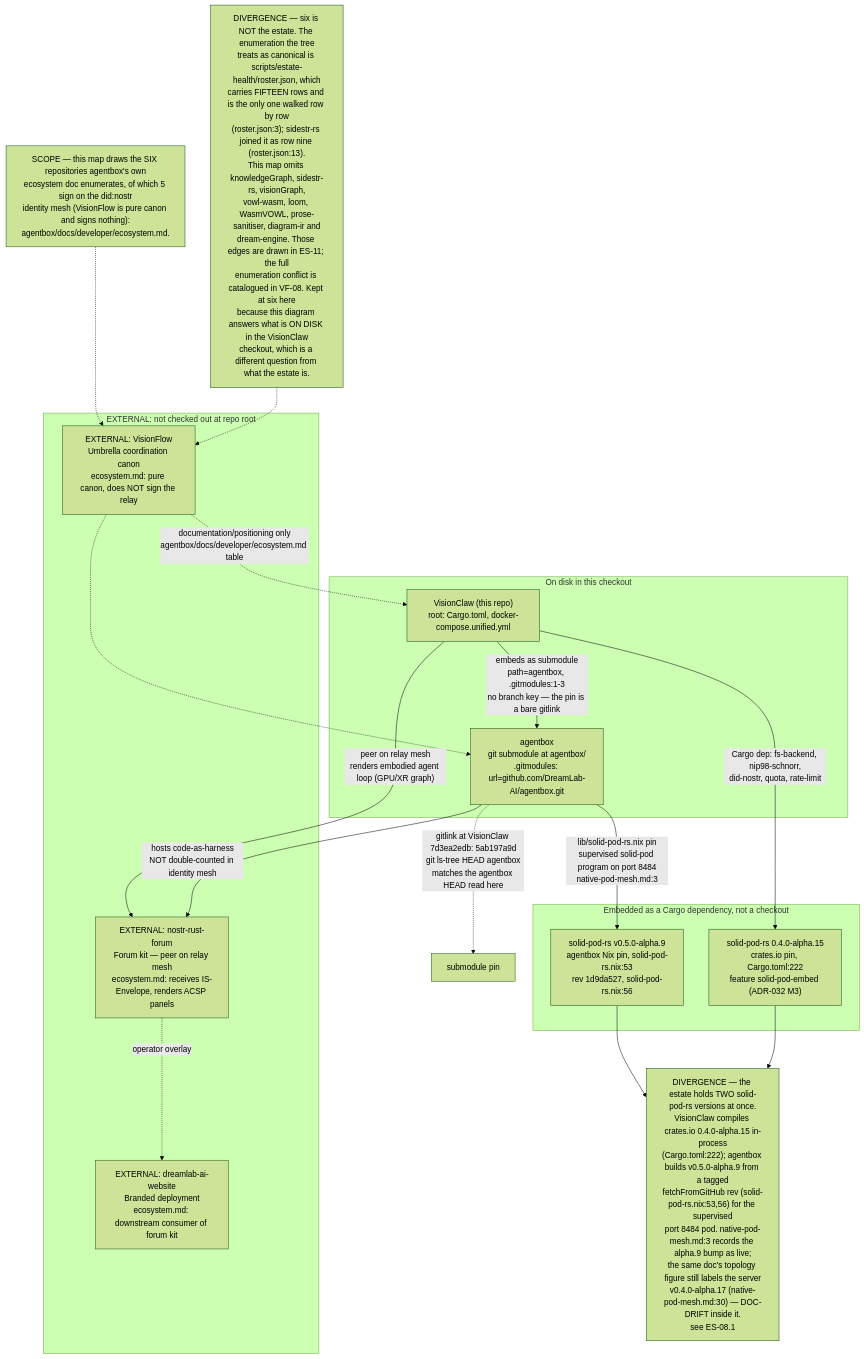
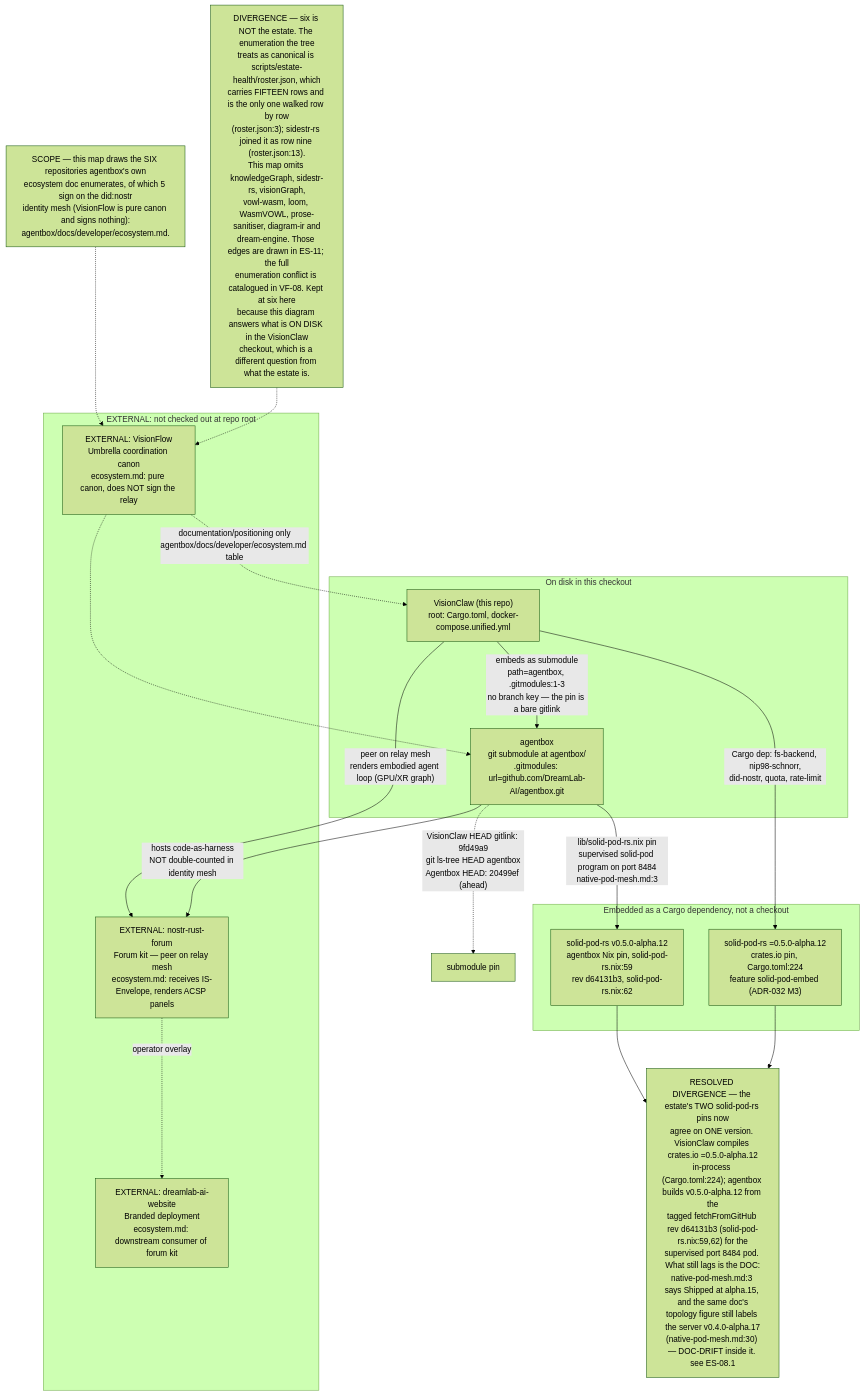
One commit to DreamLab-AI/VisionFlow changed the first of 8 diagrams in docs/diagrams/estate/01-estate-topology.md. Above: the diagram before and after it, drawn with Mermaid (forest theme). The commit also changed other lines of this file and 111 other files, not shown here.

Commit message:
docs(diagrams): align estate maps with current source

````diff
--- a/docs/diagrams/estate/01-estate-topology.md
+++ b/docs/diagrams/estate/01-estate-topology.md
@@ -55,36 +55,36 @@
 ```mermaid
 flowchart TB
     subgraph ONDISK["On disk in this checkout"]
         VC["VisionClaw (this repo)<br/>root: Cargo.toml, docker-compose.unified.yml"]
         AB["agentbox<br/>git submodule at agentbox/<br/>.gitmodules: url=github.com/DreamLab-AI/agentbox.git"]
     end
     VC -->|"embeds as submodule<br/>path=agentbox, .gitmodules:1-3<br/>no branch key — the pin is a bare gitlink"| AB
-    AB -.->|"gitlink at VisionClaw 7d3ea2edb: 5ab197a9d<br/>git ls-tree HEAD agentbox<br/>matches the agentbox HEAD read here"| ABPIN["submodule pin"]
+    AB -.->|"VisionClaw HEAD gitlink: 9fd49a9<br/>git ls-tree HEAD agentbox<br/>Agentbox HEAD: 20499ef (ahead)"| ABPIN["submodule pin"]
 
     subgraph CRATE["Embedded as a Cargo dependency, not a checkout"]
-        SPR["solid-pod-rs 0.4.0-alpha.15<br/>crates.io pin, Cargo.toml:222<br/>feature solid-pod-embed (ADR-032 M3)"]
-        SPRN["solid-pod-rs v0.5.0-alpha.9<br/>agentbox Nix pin, solid-pod-rs.nix:53<br/>rev 1d9da527, solid-pod-rs.nix:56"]
+        SPR["solid-pod-rs =0.5.0-alpha.12<br/>crates.io pin, Cargo.toml:224<br/>feature solid-pod-embed (ADR-032 M3)"]
+        SPRN["solid-pod-rs v0.5.0-alpha.12<br/>agentbox Nix pin, solid-pod-rs.nix:59<br/>rev d64131b3, solid-pod-rs.nix:62"]
     end
     VC -->|"Cargo dep: fs-backend, nip98-schnorr,<br/>did-nostr, quota, rate-limit"| SPR
     AB -->|"lib/solid-pod-rs.nix pin<br/>supervised solid-pod program on port 8484<br/>native-pod-mesh.md:3"| SPRN
 
-    DIVSP["DIVERGENCE — the estate holds TWO solid-pod-rs versions at once.<br/>VisionClaw compiles crates.io 0.4.0-alpha.15 in-process<br/>(Cargo.toml:222); agentbox builds v0.5.0-alpha.9 from a tagged<br/>fetchFromGitHub rev (solid-pod-rs.nix:53,56) for the supervised<br/>port 8484 pod. native-pod-mesh.md:3 records the alpha.9 bump as live;<br/>the same doc's topology figure still labels the server<br/>v0.4.0-alpha.17 (native-pod-mesh.md:30) — DOC-DRIFT inside it.<br/>see ES-08.1"]
+    DIVSP["RESOLVED DIVERGENCE — the estate's TWO solid-pod-rs pins now<br/>agree on ONE version. VisionClaw compiles crates.io =0.5.0-alpha.12<br/>in-process (Cargo.toml:224); agentbox builds v0.5.0-alpha.12 from the<br/>tagged fetchFromGitHub rev d64131b3 (solid-pod-rs.nix:59,62) for the<br/>supervised port 8484 pod. What still lags is the DOC:<br/>native-pod-mesh.md:3 says Shipped at alpha.15, and the same doc's<br/>topology figure still labels the server v0.4.0-alpha.17<br/>(native-pod-mesh.md:30) — DOC-DRIFT inside it. see ES-08.1"]
     SPRN --> DIVSP
     SPR --> DIVSP
 
     subgraph EXTERNAL1["EXTERNAL: not checked out at repo root"]
         VF["EXTERNAL: VisionFlow<br/>Umbrella coordination canon<br/>ecosystem.md: pure canon, does NOT sign the relay"]
         NRF["EXTERNAL: nostr-rust-forum<br/>Forum kit — peer on relay mesh<br/>ecosystem.md: receives IS-Envelope, renders ACSP panels"]
         DAW["EXTERNAL: dreamlab-ai-website<br/>Branded deployment<br/>ecosystem.md: downstream consumer of forum kit"]
     end
     VC -->|"peer on relay mesh<br/>renders embodied agent loop (GPU/XR graph)"| NRF
     AB -->|"hosts code-as-harness<br/>NOT double-counted in identity mesh"| NRF
     NRF -.->|"operator overlay"| DAW
     VF -.->|"documentation/positioning only<br/>agentbox/docs/developer/ecosystem.md table"| VC
     VF -.-> AB
 
     NOTE1["SCOPE — this map draws the SIX repositories agentbox's own<br/>ecosystem doc enumerates, of which 5 sign on the did:nostr<br/>identity mesh (VisionFlow is pure canon and signs nothing):<br/>agentbox/docs/developer/ecosystem.md."]
     NOTE2["DIVERGENCE — six is NOT the estate. The enumeration the tree<br/>treats as canonical is scripts/estate-health/roster.json, which<br/>carries FIFTEEN rows and is the only one walked row by row<br/>(roster.json:3); sidestr-rs joined it as row nine (roster.json:13).<br/>This map omits knowledgeGraph, sidestr-rs, visionGraph,<br/>vowl-wasm, loom, WasmVOWL, prose-sanitiser, diagram-ir and<br/>dream-engine. Those edges are drawn in ES-11; the full<br/>enumeration conflict is catalogued in VF-08. Kept at six here<br/>because this diagram answers what is ON DISK in the VisionClaw<br/>checkout, which is a different question from what the estate is."]
     NOTE1 -.-> VF
     NOTE2 -.-> VF
 ```
````
